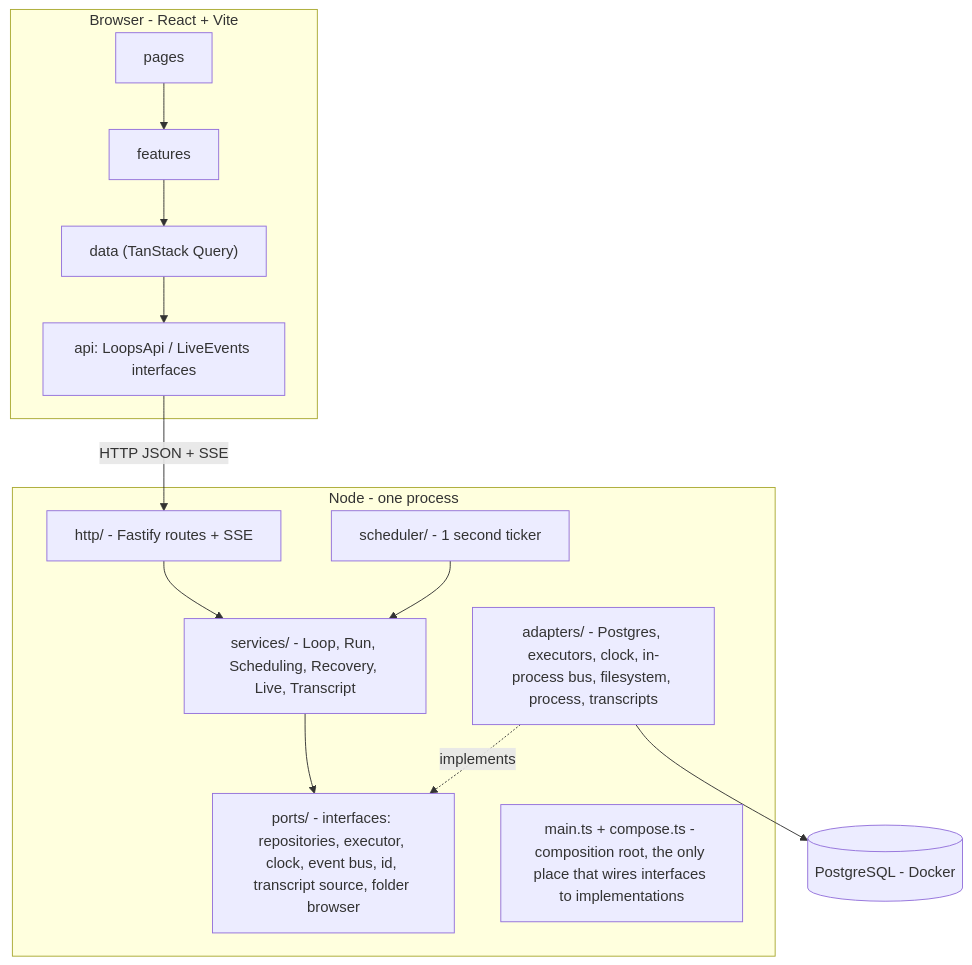
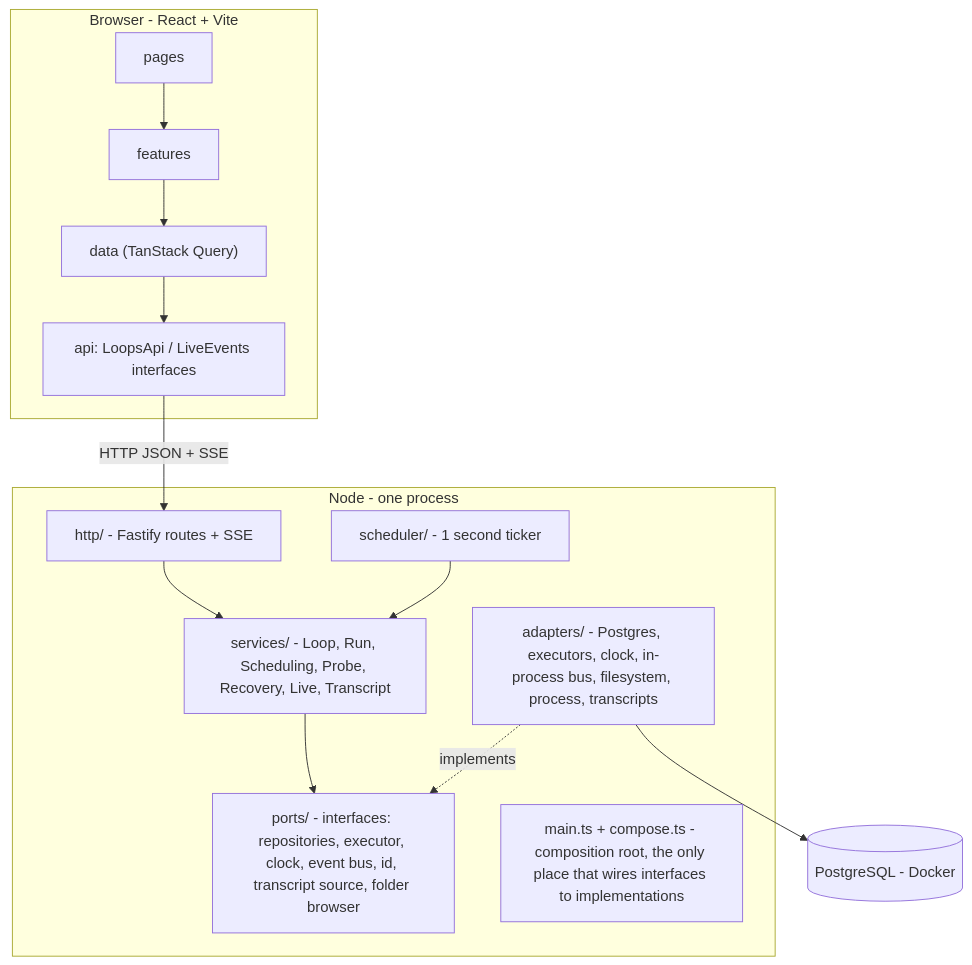
One commit to hieplam/castraferrum changed the first of 3 diagrams in docs/ARCHITECTURE.md. Above: the diagram before and after it, drawn with Mermaid. The commit also changed other lines of this file and 21 other files, not shown here.

````diff
--- a/docs/ARCHITECTURE.md
+++ b/docs/ARCHITECTURE.md
@@ -11,16 +11,16 @@
 ```mermaid
 flowchart TB
   subgraph WEB["Browser - React + Vite"]
     P[pages] --> F[features] --> D["data (TanStack Query)"] --> AI["api: LoopsApi / LiveEvents interfaces"]
   end
   AI -- "HTTP JSON + SSE" --> H
   subgraph SRV["Node - one process"]
     H["http/ - Fastify routes + SSE"] --> S
     T["scheduler/ - 1 second ticker"] --> S
-    S["services/ - Loop, Run, Scheduling, Recovery, Live, Transcript"] --> PO
+    S["services/ - Loop, Run, Scheduling, Probe, Recovery, Live, Transcript"] --> PO
     PO["ports/ - interfaces: repositories, executor, clock, event bus, id, transcript source, folder browser"]
     AD["adapters/ - Postgres, executors, clock, in-process bus, filesystem, process, transcripts"] -. implements .-> PO
     M["main.ts + compose.ts - composition root, the only place that wires interfaces to implementations"]
   end
   AD --> PG[("PostgreSQL - Docker")]
 ```
````
